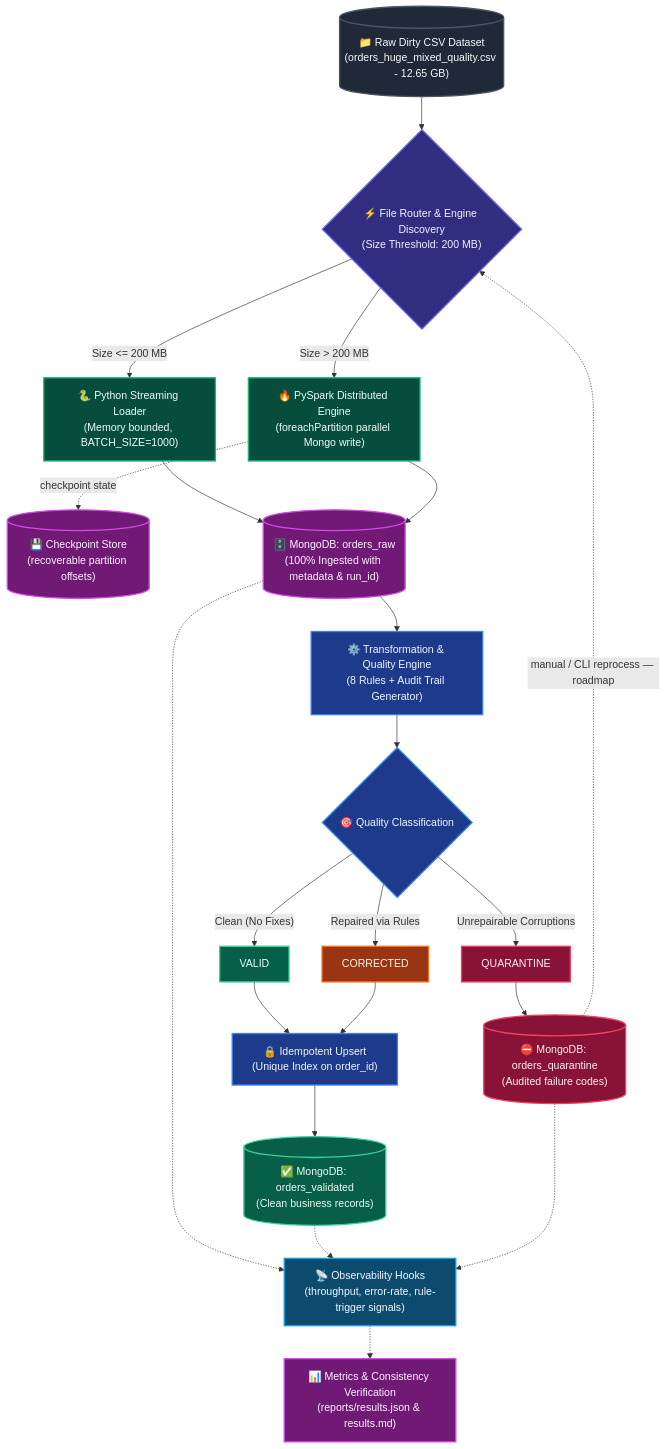
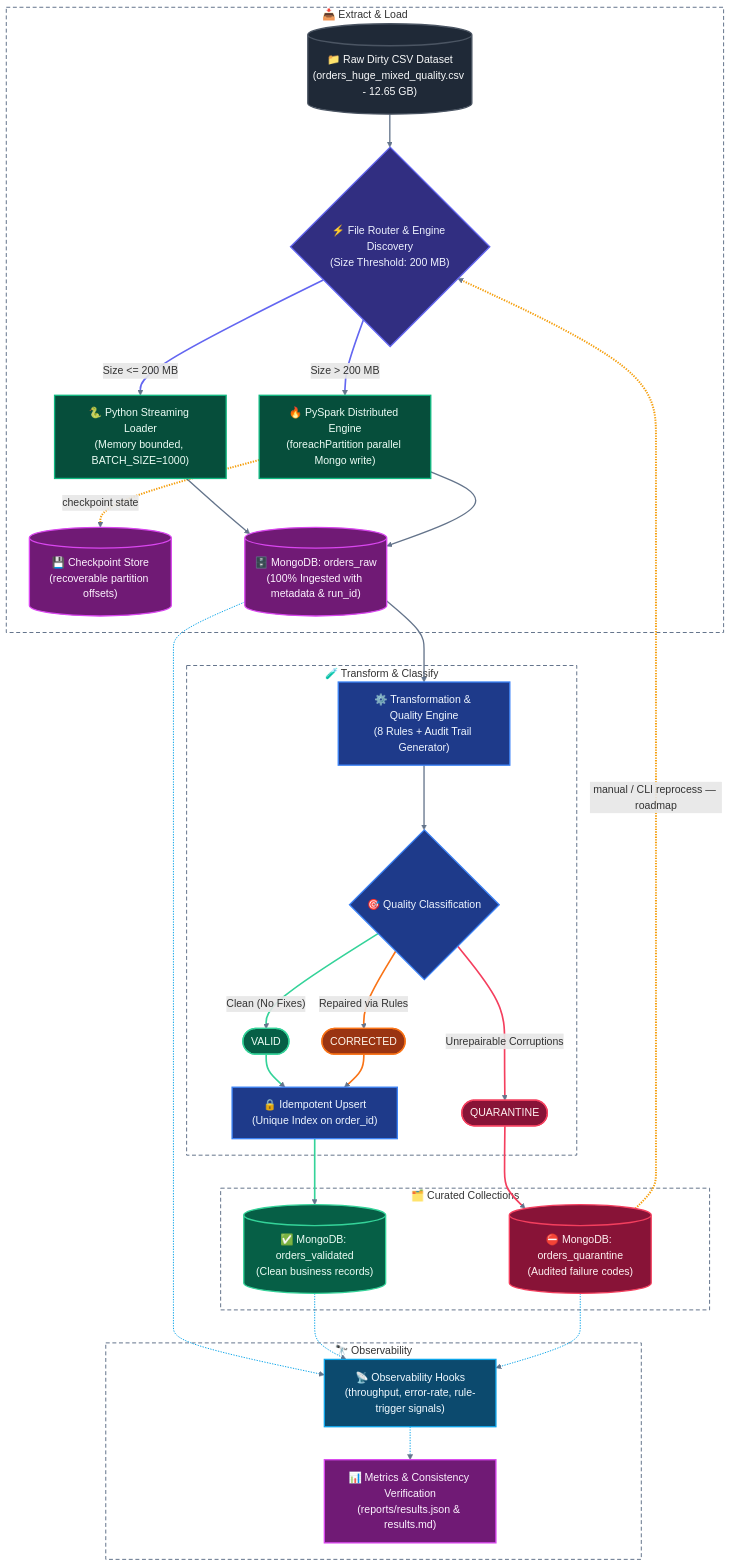
Before and after one commit to mushtaqalfaqih/BigData-Midterm-Pipeline: the first of 2 diagrams in README.md, drawn with Mermaid. The commit also changed other lines of this file, not shown here.

Commit message:
docs: update engineering decisions table and end-to-end architecture mermaid diagram

````diff
--- a/README.md
+++ b/README.md
@@ -179,47 +179,76 @@
 ```mermaid
 flowchart TD
     classDef input fill:#1F2937,stroke:#4B5563,stroke-width:2px,color:#F9FAFB;
     classDef router fill:#312E81,stroke:#6366F1,stroke-width:2px,color:#EEF2FF;
     classDef engine fill:#064E3B,stroke:#10B981,stroke-width:2px,color:#ECFDF5;
     classDef storage fill:#701A75,stroke:#D946EF,stroke-width:2px,color:#FDF4FF;
     classDef process fill:#1E3A8A,stroke:#3B82F6,stroke-width:2px,color:#EFF6FF;
     classDef valid fill:#065F46,stroke:#34D399,stroke-width:2px,color:#ECFDF5;
     classDef warn fill:#9A3412,stroke:#F97316,stroke-width:2px,color:#FFF7ED;
     classDef err fill:#881337,stroke:#F43F5E,stroke-width:2px,color:#FFF1F2;
     classDef obs fill:#0C4A6E,stroke:#0EA5E9,stroke-width:2px,color:#F0F9FF;
 
-    CSV[("📁 Raw Dirty CSV Dataset<br>(orders_huge_mixed_quality.csv - 12.65 GB)")]:::input
-    ROUTER{"⚡ File Router & Engine Discovery<br>(Size Threshold: 200 MB)"}:::router
+    subgraph EL["📥 Extract & Load"]
+        CSV[("📁 Raw Dirty CSV Dataset<br>(orders_huge_mixed_quality.csv - 12.65 GB)")]:::input
+        ROUTER{"⚡ File Router & Engine Discovery<br>(Size Threshold: 200 MB)"}:::router
+        PB["🐍 Python Streaming Loader<br>(Memory bounded, BATCH_SIZE=1000)"]:::engine
+        PS["🔥 PySpark Distributed Engine<br>(foreachPartition parallel Mongo write)"]:::engine
+        CKPT[("💾 Checkpoint Store<br>(recoverable partition offsets)")]:::storage
+        RAW[("🗄️ MongoDB: orders_raw<br>(100% Ingested with metadata & run_id)")]:::storage
+    end
 
+    subgraph TF["🧪 Transform & Classify"]
+        TRANS["⚙️ Transformation & Quality Engine<br>(8 Rules + Audit Trail Generator)"]:::process
+        CLASS{"🎯 Quality Classification"}:::process
+        VAL1(["VALID"]):::valid
+        VAL2(["CORRECTED"]):::warn
+        QUAR(["QUARANTINE"]):::err
+        UPSERT["🔒 Idempotent Upsert<br>(Unique Index on order_id)"]:::process
+    end
+
+    subgraph ST["🗂️ Curated Collections"]
+        MVAL[("✅ MongoDB: orders_validated<br>(Clean business records)")]:::valid
+        MQUAR[("⛔ MongoDB: orders_quarantine<br>(Audited failure codes)")]:::err
+    end
+
+    subgraph OB["🔭 Observability"]
+        MONITOR["📡 Observability Hooks<br>(throughput, error-rate, rule-trigger signals)"]:::obs
+        METRICS["📊 Metrics & Consistency Verification<br>(reports/results.json & results.md)"]:::storage
+    end
+
+    %% Flows
     CSV --> ROUTER
-
-    ROUTER -->|Size <= 200 MB| PB["🐍 Python Streaming Loader<br>(Memory bounded, BATCH_SIZE=1000)"]:::engine
-    ROUTER -->|Size > 200 MB| PS["🔥 PySpark Distributed Engine<br>(foreachPartition parallel Mongo write)"]:::engine
-
-    PS -.checkpoint state.-> CKPT[("💾 Checkpoint Store<br>(recoverable partition offsets)")]:::storage
-
-    PB --> RAW[("🗄️ MongoDB: orders_raw<br>(100% Ingested with metadata & run_id)")]:::storage
+    ROUTER -->|Size <= 200 MB| PB
+    ROUTER -->|Size > 200 MB| PS
+    PS -. checkpoint state .-> CKPT
+    PB --> RAW
     PS --> RAW
-
-    RAW --> TRANS["⚙️ Transformation & Quality Engine<br>(8 Rules + Audit Trail Generator)"]:::process
-
-    TRANS --> CLASS{"🎯 Quality Classification"}:::process
-
-    CLASS -->|"Clean (No Fixes)"| VAL1["VALID"]:::valid
-    CLASS -->|"Repaired via Rules"| VAL2["CORRECTED"]:::warn
-    CLASS -->|"Unrepairable Corruptions"| QUAR["QUARANTINE"]:::err
-
-    VAL1 --> UPSERT["🔒 Idempotent Upsert<br>(Unique Index on order_id)"]:::process
+    RAW --> TRANS
+    TRANS --> CLASS
+    CLASS -->|"Clean (No Fixes)"| VAL1
+    CLASS -->|"Repaired via Rules"| VAL2
+    CLASS -->|"Unrepairable Corruptions"| QUAR
+    VAL1 --> UPSERT
     VAL2 --> UPSERT
-
-    UPSERT --> MVAL[("✅ MongoDB: orders_validated<br>(Clean business records)")]:::valid
-    QUAR --> MQUAR[("⛔ MongoDB: orders_quarantine<br>(Audited failure codes)")]:::err
-
-    MQUAR -.manual / CLI reprocess — roadmap.-> ROUTER
-
-    RAW -.-> MONITOR["📡 Observability Hooks<br>(throughput, error-rate, rule-trigger signals)"]:::obs
+    UPSERT --> MVAL
+    QUAR --> MQUAR
+    MQUAR -. manual / CLI reprocess — roadmap .-> ROUTER
+    RAW -.-> MONITOR
     MVAL -.-> MONITOR
     MQUAR -.-> MONITOR
+    MONITOR -.-> METRICS
 
-    MONITOR -.-> METRICS["📊 Metrics & Consistency Verification<br>(reports/results.json & results.md)"]:::storage
+    %% Styling
+    style EL fill:transparent,stroke:#64748B,stroke-width:1.5px,stroke-dasharray:6 4
+    style TF fill:transparent,stroke:#64748B,stroke-width:1.5px,stroke-dasharray:6 4
+    style ST fill:transparent,stroke:#64748B,stroke-width:1.5px,stroke-dasharray:6 4
+    style OB fill:transparent,stroke:#64748B,stroke-width:1.5px,stroke-dasharray:6 4
+
+    linkStyle default stroke:#64748B,stroke-width:2px;
+    linkStyle 1,2 stroke:#6366F1,stroke-width:2.5px;
+    linkStyle 3,15 stroke:#F59E0B,stroke-width:3px;
+    linkStyle 8,11,13 stroke:#34D399,stroke-width:2.5px;
+    linkStyle 9,12 stroke:#F97316,stroke-width:2.5px;
+    linkStyle 10,14 stroke:#F43F5E,stroke-width:2.5px;
+    linkStyle 16,17,18,19 stroke:#0EA5E9,stroke-width:1.5px;
 ```
````
